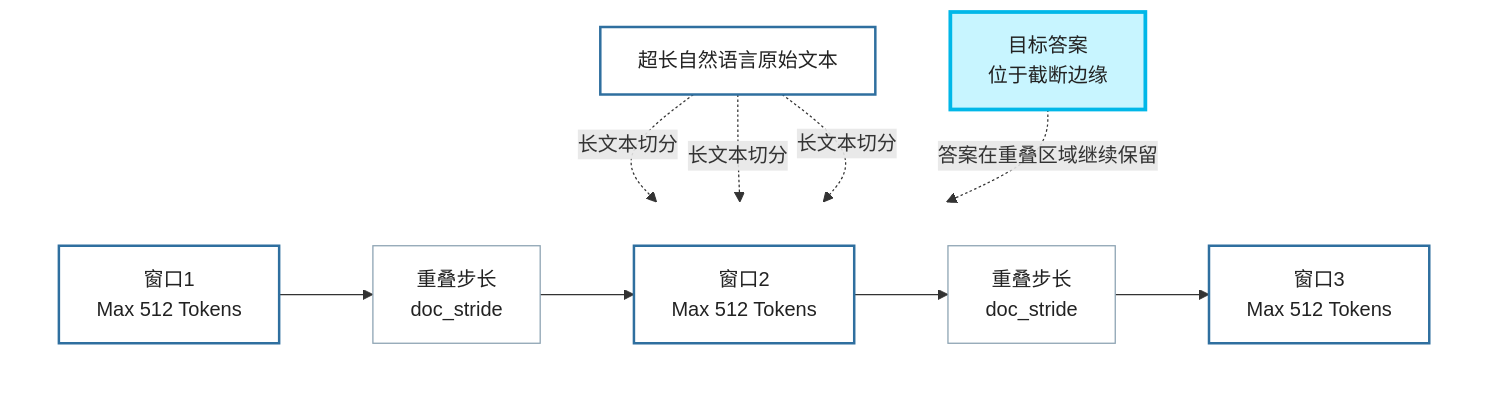
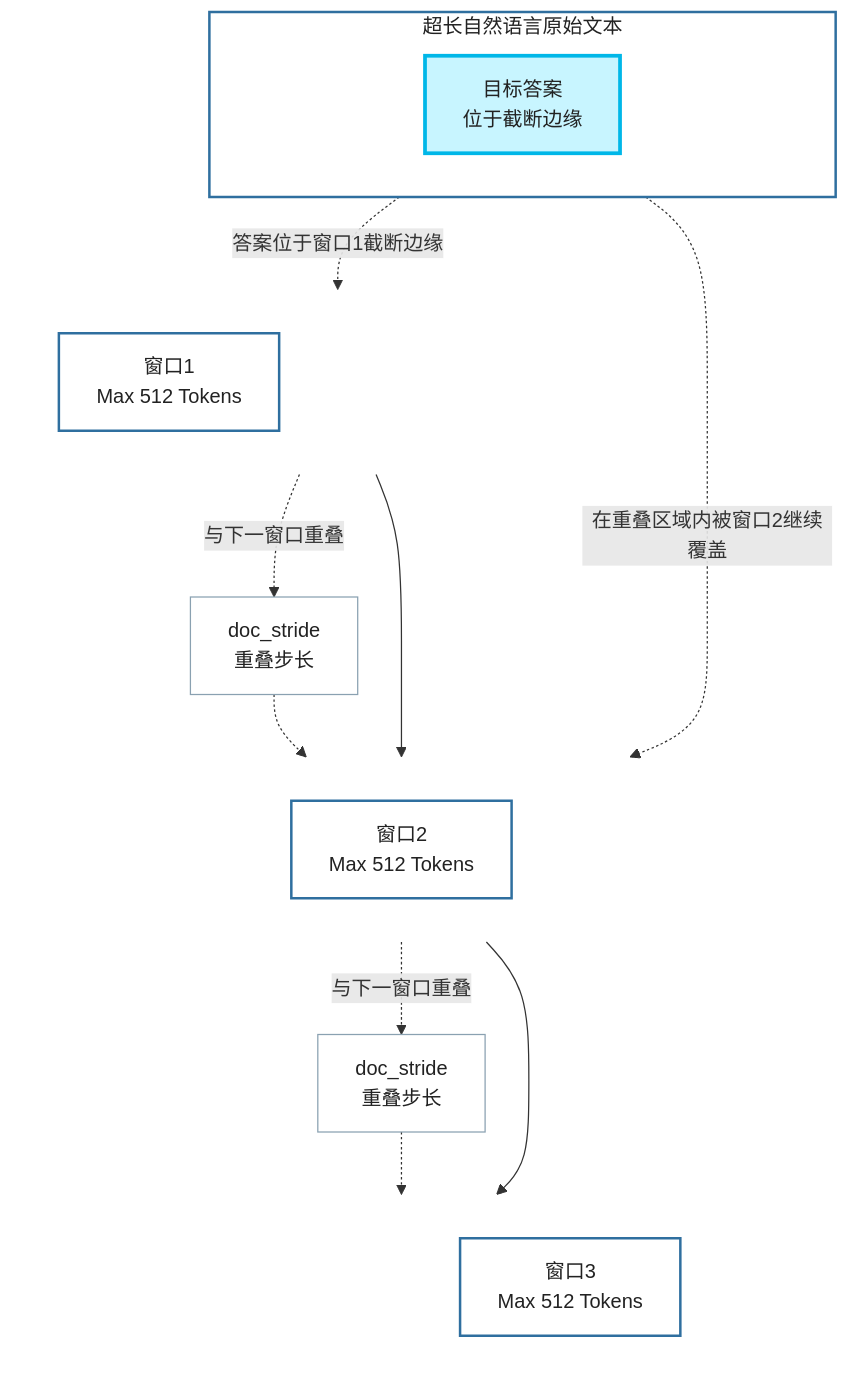
One commit to beautyarbutin/agent_travel changed the second of 3 diagrams in docs/ernie3_mrc_ppt_content.md. Above: the diagram before and after it, drawn with Mermaid. The commit also changed other lines of this file, not shown here.

Commit message:
Refine sliding window overlap diagram

````diff
--- a/docs/ernie3_mrc_ppt_content.md
+++ b/docs/ernie3_mrc_ppt_content.md
@@ -175,27 +175,44 @@
 ```mermaid
 flowchart TB
-    T["超长自然语言原始文本"]:::top
-    A["目标答案<br/>位于截断边缘"]:::answer
-
-    subgraph W[" "]
+    subgraph TOP["超长自然语言原始文本"]
         direction LR
-        W1["窗口1<br/>Max 512 Tokens"]:::win
-        S1["重叠步长<br/>doc_stride"]:::stride
-        W2["窗口2<br/>Max 512 Tokens"]:::win
-        S2["重叠步长<br/>doc_stride"]:::stride
-        W3["窗口3<br/>Max 512 Tokens"]:::win
-
-        W1 --> S1 --> W2 --> S2 --> W3
+        LP1[" "]:::ghost ~~~ A["目标答案<br/>位于截断边缘"]:::answer ~~~ RP1[" "]:::ghost
     end
 
-    T -. 长文本切分 .-> W1
-    T -. 长文本切分 .-> W2
-    T -. 长文本切分 .-> W3
-    A -. 答案在重叠区域继续保留 .-> W2
+    subgraph R1[" "]
+        direction LR
+        W1["窗口1<br/>Max 512 Tokens"]:::win ~~~ P11[" "]:::ghost ~~~ P12[" "]:::ghost
+    end
 
-    style W fill:none,stroke:none
+    subgraph R2[" "]
+        direction LR
+        P21[" "]:::ghost ~~~ W2["窗口2<br/>Max 512 Tokens"]:::win ~~~ P22[" "]:::ghost
+    end
+
+    subgraph R3[" "]
+        direction LR
+        P31[" "]:::ghost ~~~ P32[" "]:::ghost ~~~ W3["窗口3<br/>Max 512 Tokens"]:::win
+    end
+
+    S1["doc_stride<br/>重叠步长"]:::stride
+    S2["doc_stride<br/>重叠步长"]:::stride
+
+    A -. 答案位于窗口1截断边缘 .-> W1
+    A -. 在重叠区域内被窗口2继续覆盖 .-> W2
+
+    W1 --> W2 --> W3
+    W1 -. 与下一窗口重叠 .-> S1
+    S1 -.-> W2
+    W2 -. 与下一窗口重叠 .-> S2
+    S2 -.-> W3
+
+    style TOP fill:#ffffff,stroke:#2f6f9f,stroke-width:2px,color:#222
+    style R1 fill:none,stroke:none
+    style R2 fill:none,stroke:none
+    style R3 fill:none,stroke:none
     classDef top fill:#ffffff,stroke:#2f6f9f,stroke-width:2px,color:#222;
     classDef win fill:#ffffff,stroke:#2f6f9f,stroke-width:2px,color:#222;
     classDef answer fill:#c8f5ff,stroke:#00b7e8,stroke-width:3px,color:#222;
     classDef stride fill:#ffffff,stroke:#8aa1b1,stroke-width:1px,color:#222;
+    classDef ghost fill:none,stroke:none,color:transparent;
 ```
````
